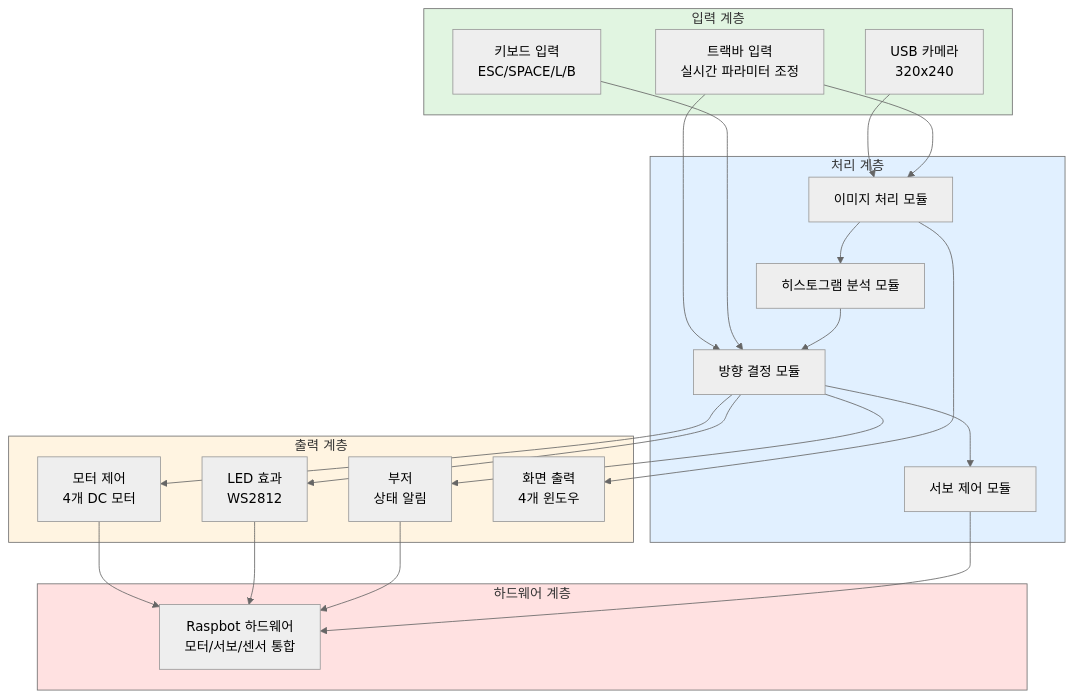
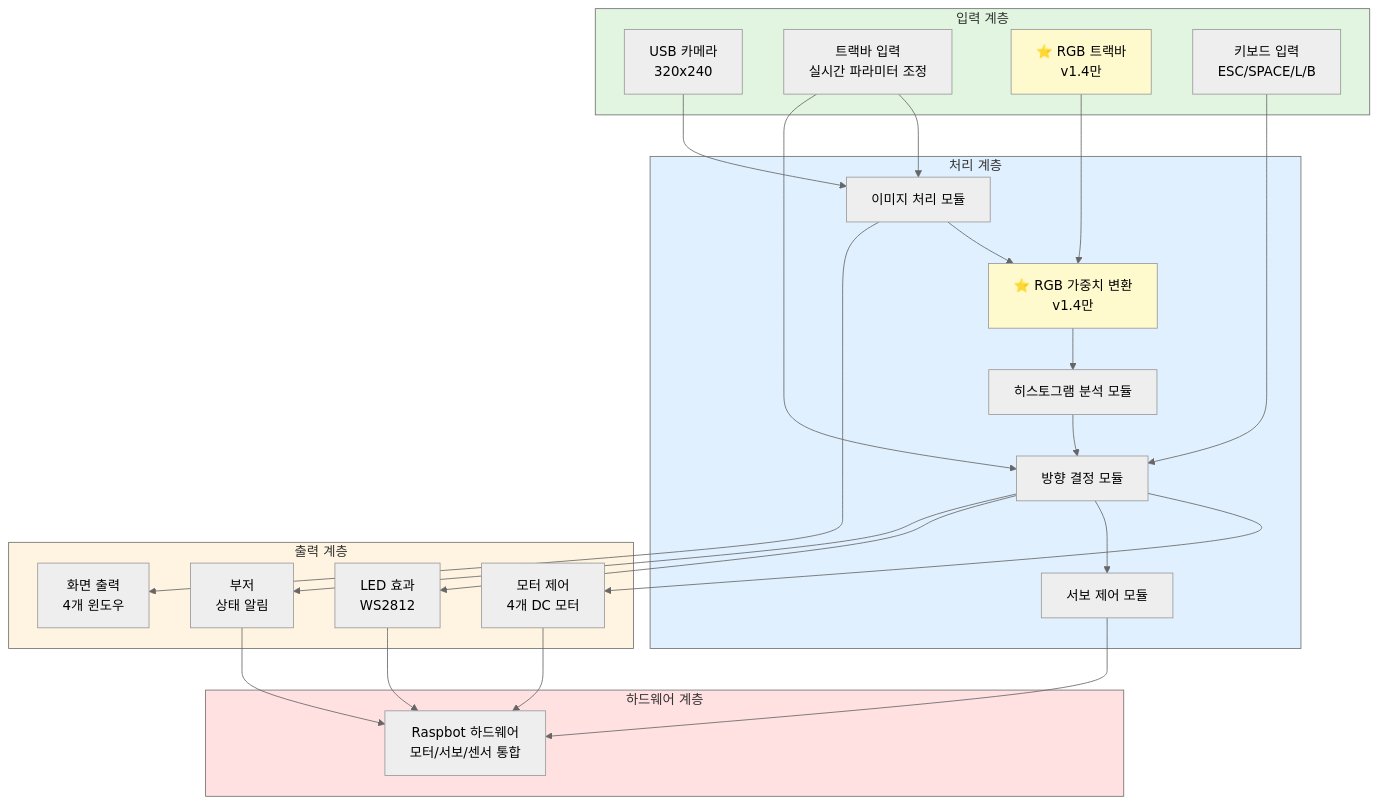
Before and after one commit to Collegenie-X/Raspbot-v2-self-driving-car: the third of 12 diagrams in 03_self_driving/AUTOPLOT_SYSTEM_ANALYSIS.md, drawn with Mermaid (neutral theme). The commit also changed other lines of this file and 5 other files, not shown here.

````diff
--- a/03_self_driving/AUTOPLOT_SYSTEM_ANALYSIS.md
+++ b/03_self_driving/AUTOPLOT_SYSTEM_ANALYSIS.md
@@ -180,49 +239,55 @@
 ```mermaid
 graph TB
     subgraph 입력층[입력 계층]
         CAM[USB 카메라<br/>320x240]
         TRK[트랙바 입력<br/>실시간 파라미터 조정]
+        TRK2[⭐ RGB 트랙바<br/>v1.4만]
         KEY[키보드 입력<br/>ESC/SPACE/L/B]
     end
     
     subgraph 처리층[처리 계층]
         IMG[이미지 처리 모듈]
+        RGB[⭐ RGB 가중치 변환<br/>v1.4만]
         HIST[히스토그램 분석 모듈]
         DEC[방향 결정 모듈]
         SERVO[서보 제어 모듈]
     end
     
     subgraph 출력층[출력 계층]
         MOTOR[모터 제어<br/>4개 DC 모터]
         LED[LED 효과<br/>WS2812]
         BEEP[부저<br/>상태 알림]
         DISP[화면 출력<br/>4개 윈도우]
     end
     
     subgraph 하드웨어층[하드웨어 계층]
         RASP[Raspbot 하드웨어<br/>모터/서보/센서 통합]
     end
     
     CAM --> IMG
     TRK --> IMG
+    TRK2 --> RGB
     TRK --> DEC
     KEY --> DEC
     
-    IMG --> HIST
+    IMG --> RGB
+    RGB --> HIST
     HIST --> DEC
     DEC --> MOTOR
     DEC --> SERVO
     DEC --> LED
     DEC --> BEEP
     IMG --> DISP
     
     MOTOR --> RASP
     LED --> RASP
     BEEP --> RASP
     SERVO --> RASP
     
     style 입력층 fill:#e1f5e1
     style 처리층 fill:#e1f0ff
     style 출력층 fill:#fff4e1
     style 하드웨어층 fill:#ffe1e1
+    style TRK2 fill:#fffacd
+    style RGB fill:#fffacd
 ```
````
